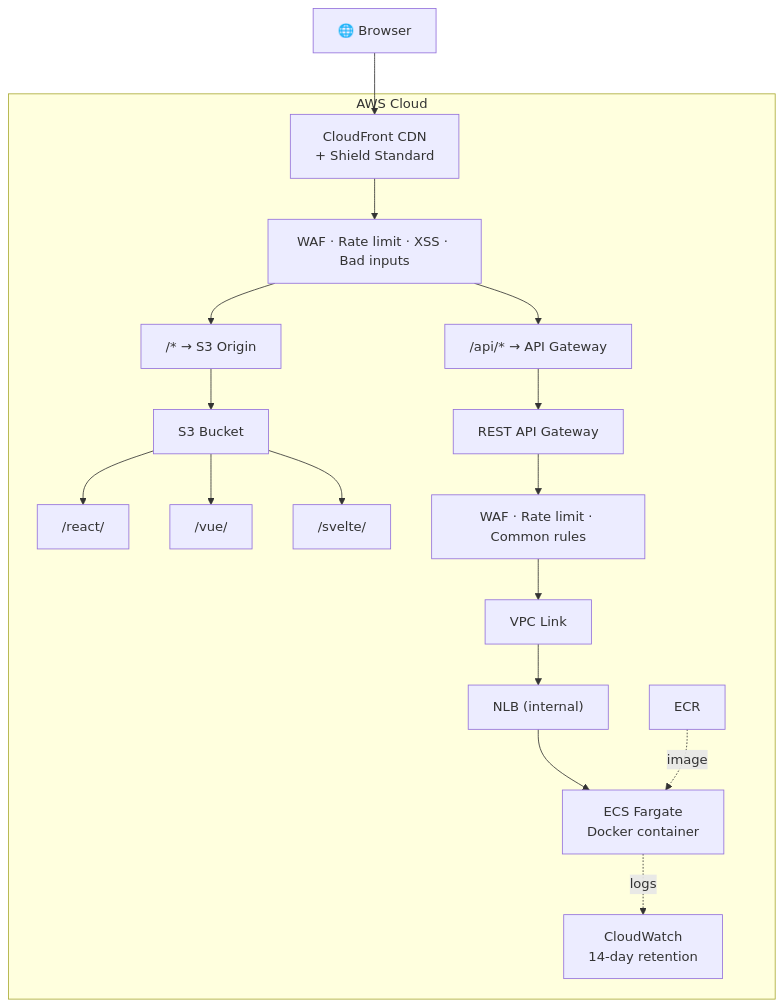
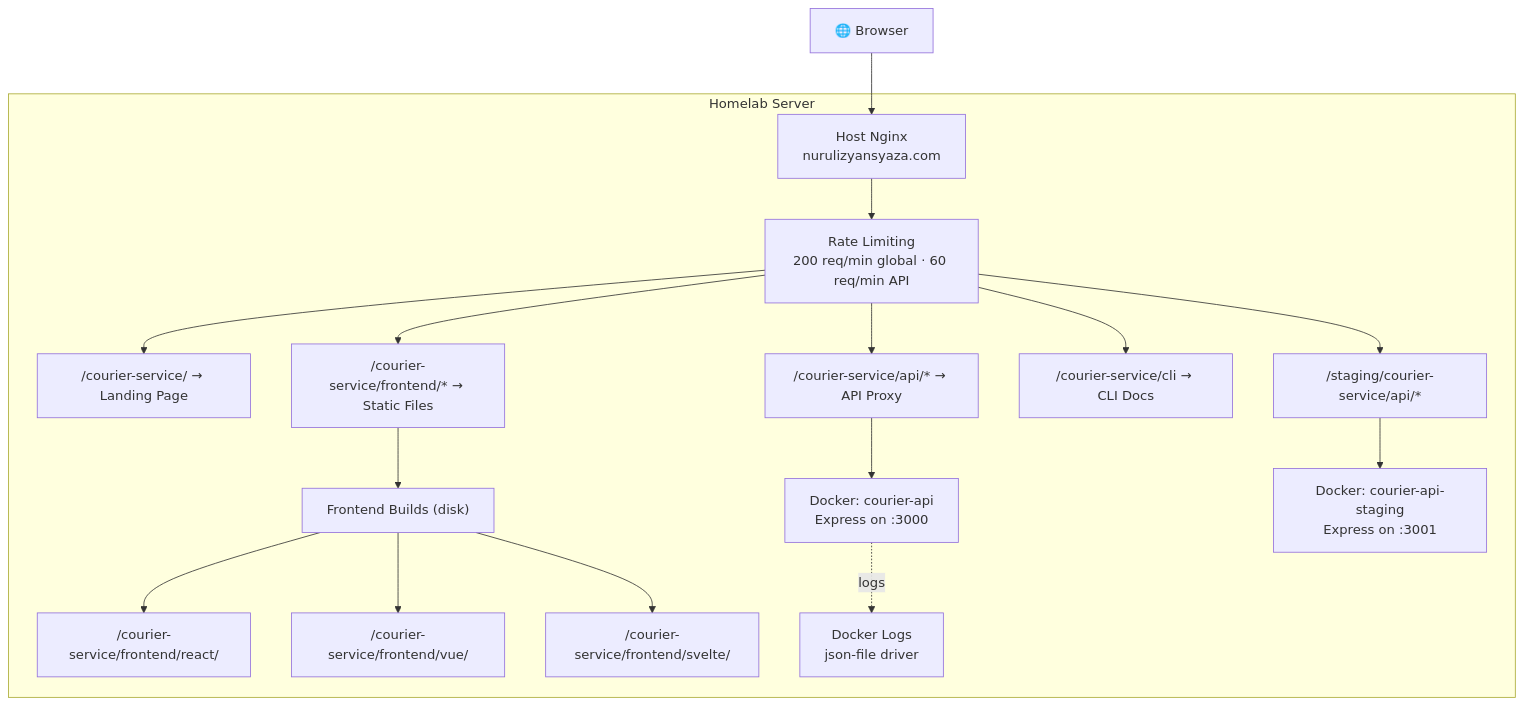
One commit to nurulizyansyaza/courier-service changed the fifth of 6 diagrams in ARCHITECTURE.md. Above: the diagram before and after it, drawn with Mermaid. The commit also changed other lines of this file and 22 other files, not shown here.

Commit message:
migrate from aws to homelab

````diff
--- a/ARCHITECTURE.md
+++ b/ARCHITECTURE.md
@@ -128,24 +128,24 @@
 ```mermaid
 graph TB
-    Browser["🌐 Browser"] --> CF["CloudFront CDN<br/>+ Shield Standard"]
+    Browser["🌐 Browser"] --> HostNginx["Host Nginx<br/>nurulizyansyaza.com"]
 
-    subgraph AWS["AWS Cloud"]
-        CF --> WAF_CF["WAF · Rate limit · XSS · Bad inputs"]
-        WAF_CF --> S3Route["/* → S3 Origin"]
-        WAF_CF --> ApiRoute["/api/* → API Gateway"]
+    subgraph Homelab["Homelab Server"]
+        HostNginx --> RateLimit["Rate Limiting<br/>200 req/min global · 60 req/min API"]
 
-        S3Route --> S3["S3 Bucket"]
-        S3 --> React["/react/"]
-        S3 --> Vue["/vue/"]
-        S3 --> Svelte["/svelte/"]
+        RateLimit --> Landing["/courier-service/ → Landing Page"]
+        RateLimit --> ApiRoute["/courier-service/api/* → API Proxy"]
+        RateLimit --> FERoute["/courier-service/frontend/* → Static Files"]
+        RateLimit --> CLIRoute["/courier-service/cli → CLI Docs"]
 
-        ApiRoute --> APIGW["REST API Gateway"]
-        APIGW --> WAF_API["WAF · Rate limit · Common rules"]
-        WAF_API --> VPCLink["VPC Link"]
-        VPCLink --> NLB["NLB (internal)"]
-        NLB --> ECS["ECS Fargate<br/>Docker container"]
+        FERoute --> FrontendFiles["Frontend Builds (disk)"]
+        FrontendFiles --> React["/courier-service/frontend/react/"]
+        FrontendFiles --> Vue["/courier-service/frontend/vue/"]
+        FrontendFiles --> Svelte["/courier-service/frontend/svelte/"]
 
-        ECR["ECR"] -.->|"image"| ECS
-        ECS -.->|"logs"| CW["CloudWatch<br/>14-day retention"]
+        ApiRoute --> API["Docker: courier-api<br/>Express on :3000"]
+        RateLimit --> StagingAPI["/staging/courier-service/api/*"]
+        StagingAPI --> APIStaging["Docker: courier-api-staging<br/>Express on :3001"]
+
+        API -.->|"logs"| Logs["Docker Logs<br/>json-file driver"]
     end
 ```
````
